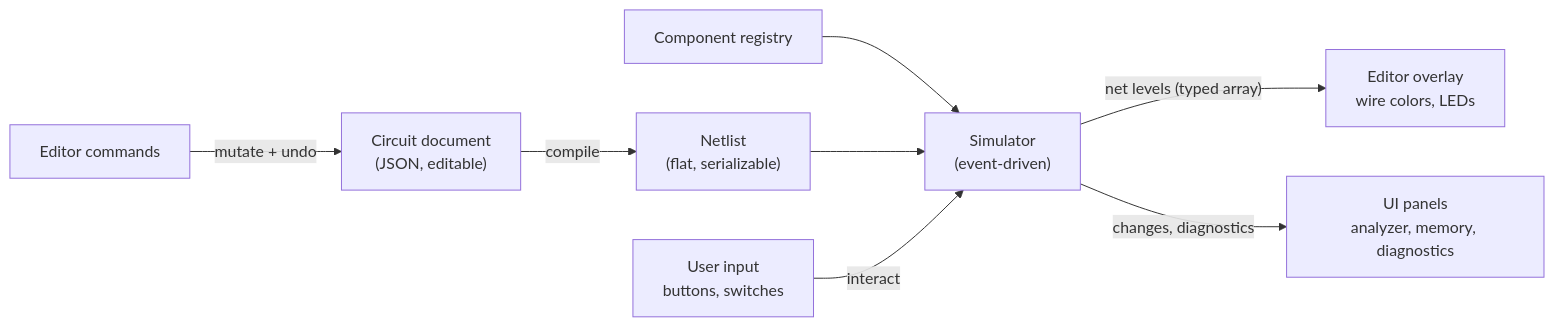
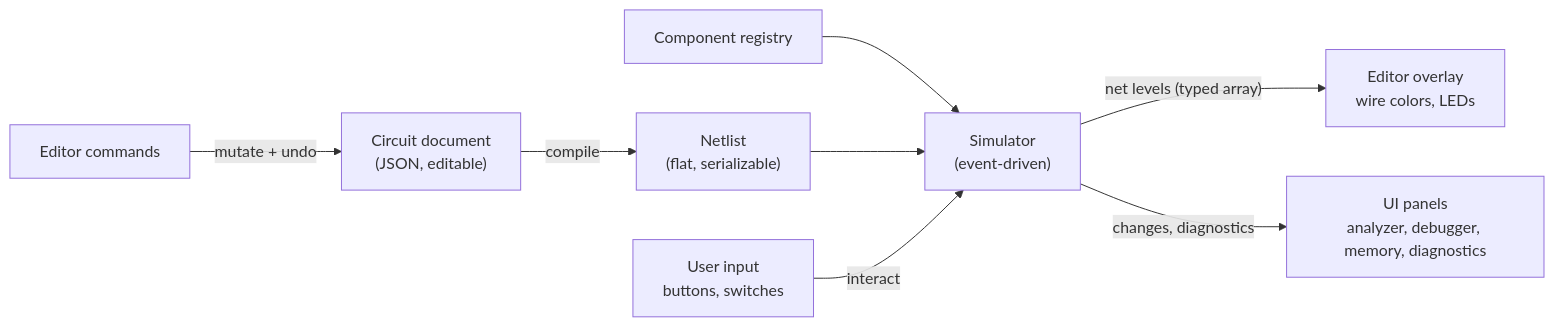
Before and after one commit to berrymoreoss/saltator: the second of 2 diagrams in docs/architecture.md, drawn with Mermaid. The commit also changed other lines of this file and 12 other files, not shown here.

````diff
--- a/docs/architecture.md
+++ b/docs/architecture.md
@@ -58,10 +58,10 @@
 ```mermaid
 flowchart LR
   doc["Circuit document<br/>(JSON, editable)"] -- compile --> nl["Netlist<br/>(flat, serializable)"]
   reg["Component registry"] --> sim
   nl --> sim["Simulator<br/>(event-driven)"]
   sim -- "net levels (typed array)" --> view["Editor overlay<br/>wire colors, LEDs"]
-  sim -- "changes, diagnostics" --> panels["UI panels<br/>analyzer, memory, diagnostics"]
+  sim -- "changes, diagnostics" --> panels["UI panels<br/>analyzer, debugger, memory, diagnostics"]
   user["User input<br/>buttons, switches"] -- interact --> sim
   edits["Editor commands"] -- "mutate + undo" --> doc
 ```
````
